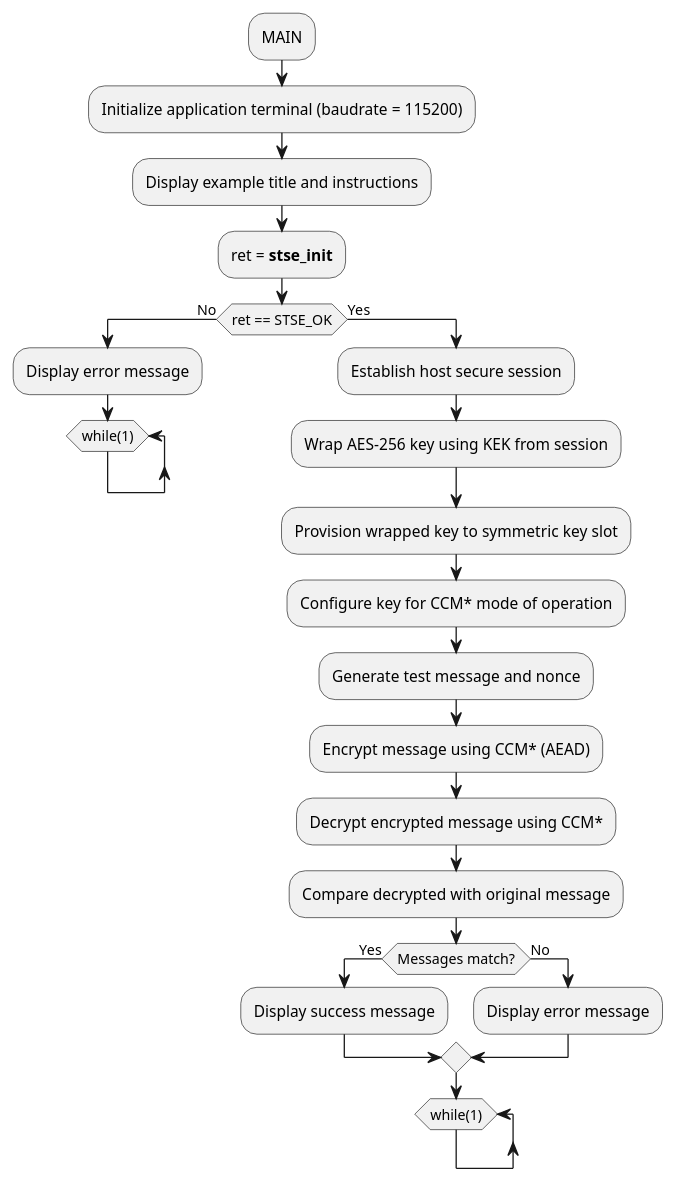
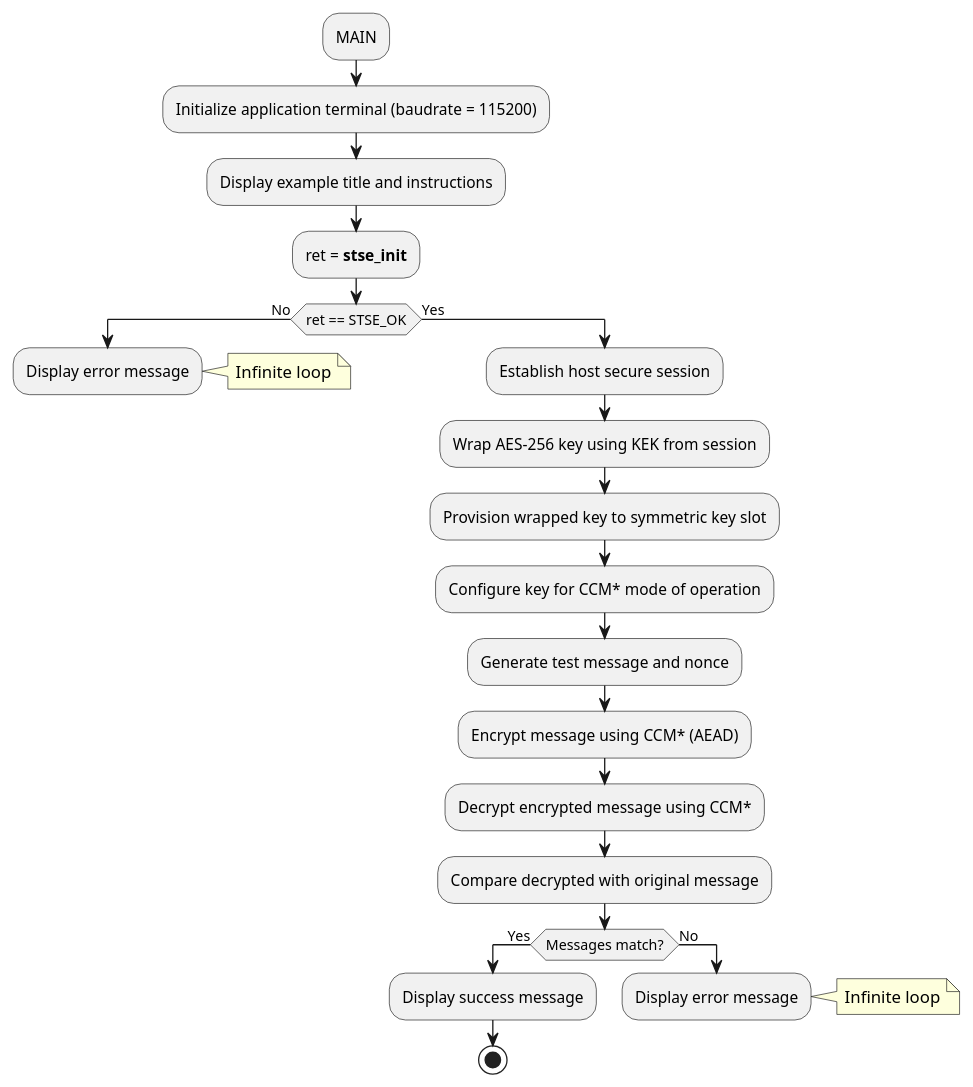
One commit to Grom-perso/STSAFE-A120_examples_dev changed the diagram in Documentation/resources/Markdown/03_Project_examples_description/Symmetric_key_provisioning_wrapped_AES-256_CCM/STSAFE-A120_Symmetric_key_provisioning_wrapped_AES-256_CCM.md. Above: the diagram before and after it, drawn with PlantUML. The commit also changed 23 other files, not shown here.

```diff
--- a/Documentation/resources/Markdown/03_Project_examples_description/Symmetric_key_provisioning_wrapped_AES-256_CCM/STSAFE-A120_Symmetric_key_provisioning_wrapped_AES-256_CCM.md
+++ b/Documentation/resources/Markdown/03_Project_examples_description/Symmetric_key_provisioning_wrapped_AES-256_CCM/STSAFE-A120_Symmetric_key_provisioning_wrapped_AES-256_CCM.md
@@ -11,31 +11,30 @@
 @startuml "Wrapped AES-256 Key Provisioning CCM flowchart" width=5cm
 	:MAIN;
 	:Initialize application terminal (baudrate = 115200);
 	:Display example title and instructions;
 	:ret = <b>stse_init</b>;
 	if(ret == STSE_OK) then (No)
-	:Display error message;
-	while (while(1))
-	end while
-	-[hidden]->
-	detach
+		:Display error message;
+		note right: Infinite loop
+		-[hidden]->
+		detach
 	else (Yes)
-	:Establish host secure session;
-	:Wrap AES-256 key using KEK from session;
-	:Provision wrapped key to symmetric key slot;
-	:Configure key for CCM* mode of operation;
-	:Generate test message and nonce;
-	:Encrypt message using CCM* (AEAD);
-	:Decrypt encrypted message using CCM*;
-	:Compare decrypted with original message;
-	if(Messages match?) then (Yes)
-	:Display success message;
-	else (No)
-	:Display error message;
-	endif
-	while (while(1))
-	end while
-	-[hidden]->
-	detach
+		:Establish host secure session;
+		:Wrap AES-256 key using KEK from session;
+		:Provision wrapped key to symmetric key slot;
+		:Configure key for CCM* mode of operation;
+		:Generate test message and nonce;
+		:Encrypt message using CCM* (AEAD);
+		:Decrypt encrypted message using CCM*;
+		:Compare decrypted with original message;
+		if(Messages match?) then (Yes)
+			:Display success message;
+			stop
+		else (No)
+			:Display error message;
+		    note right: Infinite loop
+			-[hidden]->
+			detach
+		endif
 	endif
 @enduml
```
